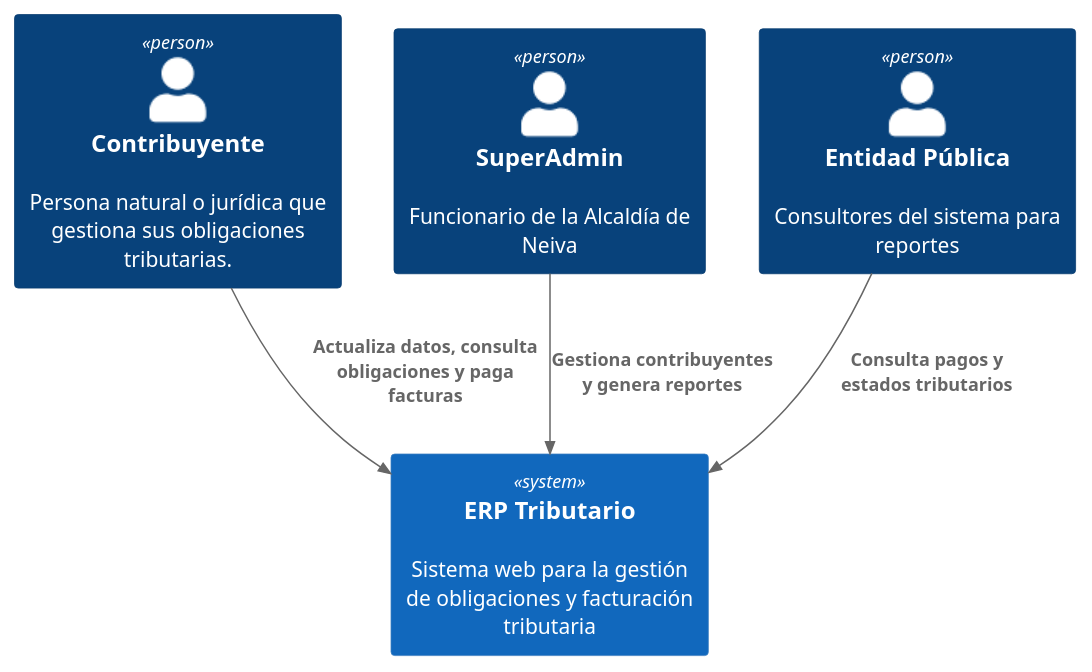
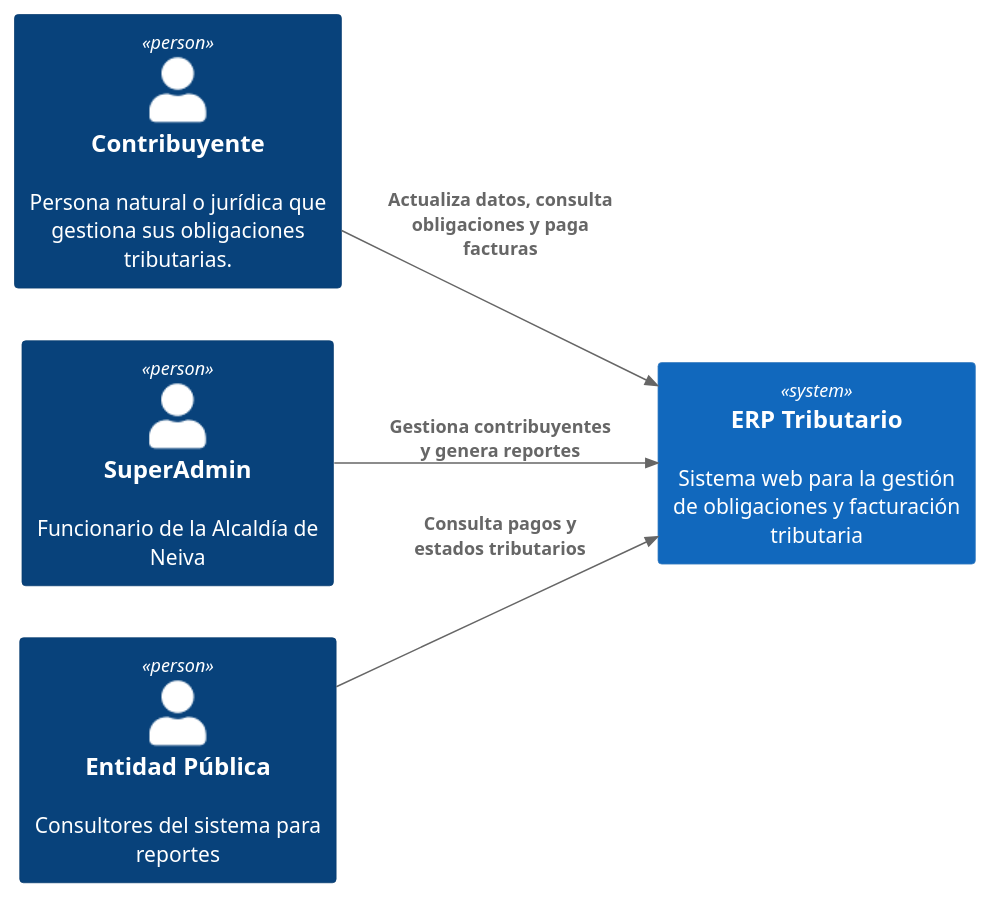
Before and after one commit to AsolanoT/Dise-o_Sistemas_2025: the diagram in DISEÑO DE SISTEMAS_PROJECT/08_ Modelo BD & Modelo C4/MODELO C4/diagrama_contexto/diagrama_contexto.wsd, drawn with PlantUML. The commit also changed 2 other files, not shown here.

```diff
--- a/DISEÑO DE SISTEMAS_PROJECT/08_ Modelo BD & Modelo C4/MODELO C4/diagrama_contexto/diagrama_contexto.wsd
+++ b/DISEÑO DE SISTEMAS_PROJECT/08_ Modelo BD & Modelo C4/MODELO C4/diagrama_contexto/diagrama_contexto.wsd
@@ -1,18 +1,18 @@
 @startuml
 !includeurl https://raw.githubusercontent.com/plantuml-stdlib/C4-PlantUML/master/C4_Context.puml
-LAYOUT_TOP_DOWN()
+LAYOUT_LEFT_RIGHT()
 
 ' Personas
 Person(Contribuyente, "Contribuyente", "Persona natural o jurídica que gestiona sus obligaciones tributarias.")
 Person(SuperAdmin, "SuperAdmin", "Funcionario de la Alcaldía de Neiva")
 Person(EntidadPublica, "Entidad Pública", "Consultores del sistema para reportes")
 
 ' Sistema
 System(ERP, "ERP Tributario", "Sistema web para la gestión de obligaciones y facturación tributaria")
 
-' Relaciones
+' Relaciones personalizadas
 Rel(Contribuyente, ERP, "Actualiza datos, consulta obligaciones y paga facturas")
 Rel(SuperAdmin, ERP, "Gestiona contribuyentes y genera reportes")
 Rel(EntidadPublica, ERP, "Consulta pagos y estados tributarios")
 
 @enduml
```
